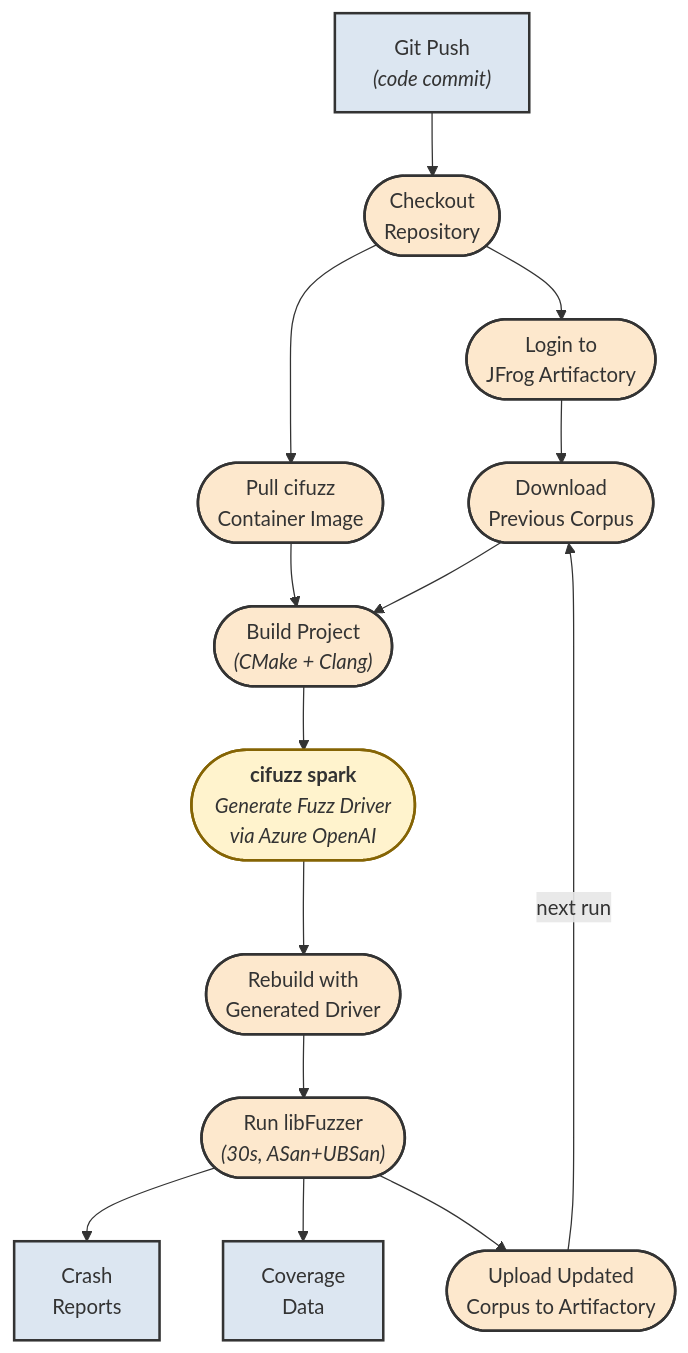
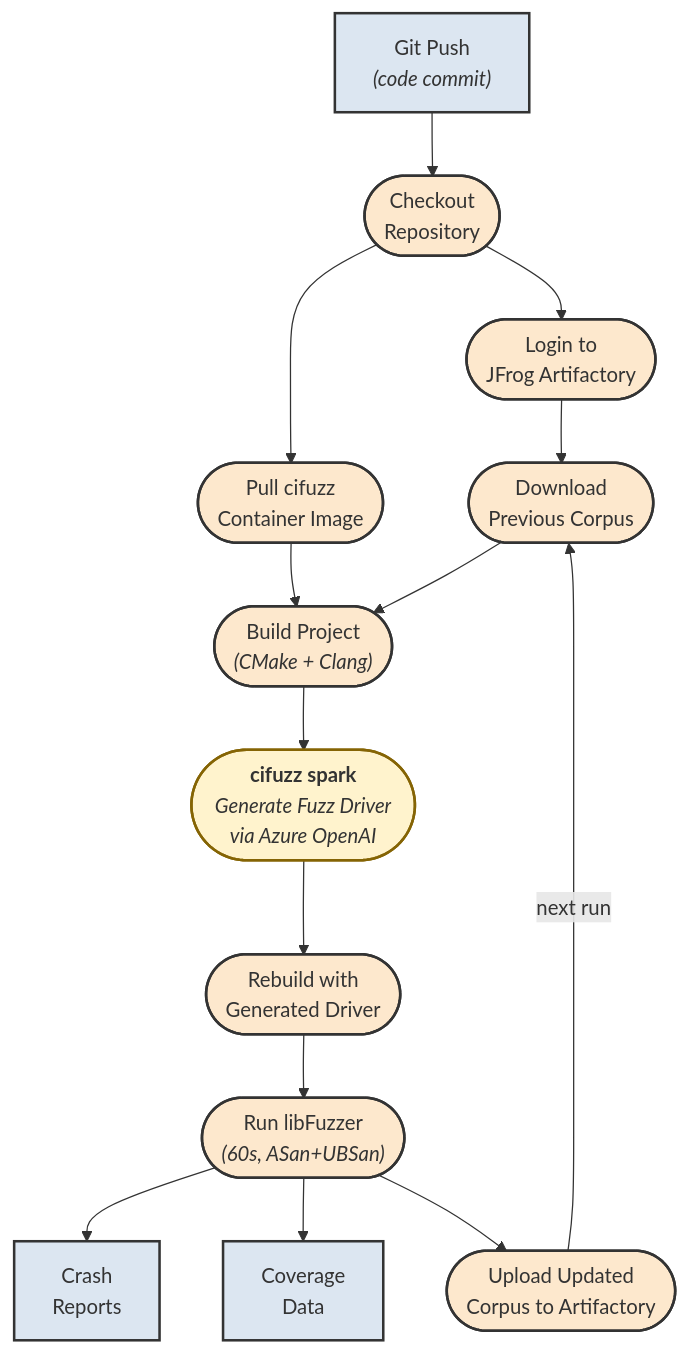
The fifth of 7 diagrams in Thesis_Latex/diagrams_mermaid.md (DARREN-2000/temporary), drawn with Mermaid before and after one commit. The commit also changed 2 other files, not shown here.

Commit message:
Fix remaining continuity issues: 30s→60s in Fig 4.2, fix citation mismatch in Ch6
- Figure 4.2 diagram: changed "30s" to "60s" to match text (L187, L259) which says 60 seconds
- Mermaid Figure 4.2: same 30s→60s fix for consistency
- discussion_conclusion.tex L203: Fixed "LLM-assisted fuzzing \cite{efficient_finetuning}" to
  "parameter-efficient fine-tuning \cite{efficient_finetuning}" — citation is about fine-tuning
  methods survey, not about fuzzing

````diff
--- a/Thesis_Latex/diagrams_mermaid.md
+++ b/Thesis_Latex/diagrams_mermaid.md
@@ -378,48 +378,48 @@
 ```mermaid
 flowchart TD
     %% ===== DATA (rectangular) =====
     TRIG["Git Push<br/><i>(code commit)</i>"]
     CRASH["Crash<br/>Reports"]
     COVD["Coverage<br/>Data"]
 
     %% ===== PROCESSING (rounded / stadium) =====
     CO(["Checkout<br/>Repository"])
     LI(["Login to<br/>JFrog Artifactory"])
     DC(["Download<br/>Previous Corpus"])
     PC(["Pull cifuzz<br/>Container Image"])
     BLD(["Build Project<br/><i>(CMake + Clang)</i>"])
     SPK(["<b>cifuzz spark</b><br/><i>Generate Fuzz Driver</i><br/><i>via Azure OpenAI</i>"])
     RB(["Rebuild with<br/>Generated Driver"])
-    FZ(["Run libFuzzer<br/><i>(30s, ASan+UBSan)</i>"])
+    FZ(["Run libFuzzer<br/><i>(60s, ASan+UBSan)</i>"])
     UL(["Upload Updated<br/>Corpus to Artifactory"])
 
     %% ===== FLOW =====
     TRIG --> CO
     CO --> LI
     LI --> DC
     CO --> PC
     PC --> BLD
     DC --> BLD
     BLD --> SPK
     SPK --> RB
     RB --> FZ
     FZ --> CRASH
     FZ --> COVD
     FZ --> UL
     UL -->|next run| DC
 
     %% ===== STYLING =====
     style TRIG fill:#dce6f1,stroke:#333,stroke-width:2px
     style CRASH fill:#dce6f1,stroke:#333,stroke-width:2px
     style COVD fill:#dce6f1,stroke:#333,stroke-width:2px
 
     style CO fill:#fde8cd,stroke:#333,stroke-width:2px
     style LI fill:#fde8cd,stroke:#333,stroke-width:2px
     style DC fill:#fde8cd,stroke:#333,stroke-width:2px
     style PC fill:#fde8cd,stroke:#333,stroke-width:2px
     style BLD fill:#fde8cd,stroke:#333,stroke-width:2px
     style SPK fill:#fff3cd,stroke:#856404,stroke-width:2px
     style RB fill:#fde8cd,stroke:#333,stroke-width:2px
     style FZ fill:#fde8cd,stroke:#333,stroke-width:2px
     style UL fill:#fde8cd,stroke:#333,stroke-width:2px
 ```
````
